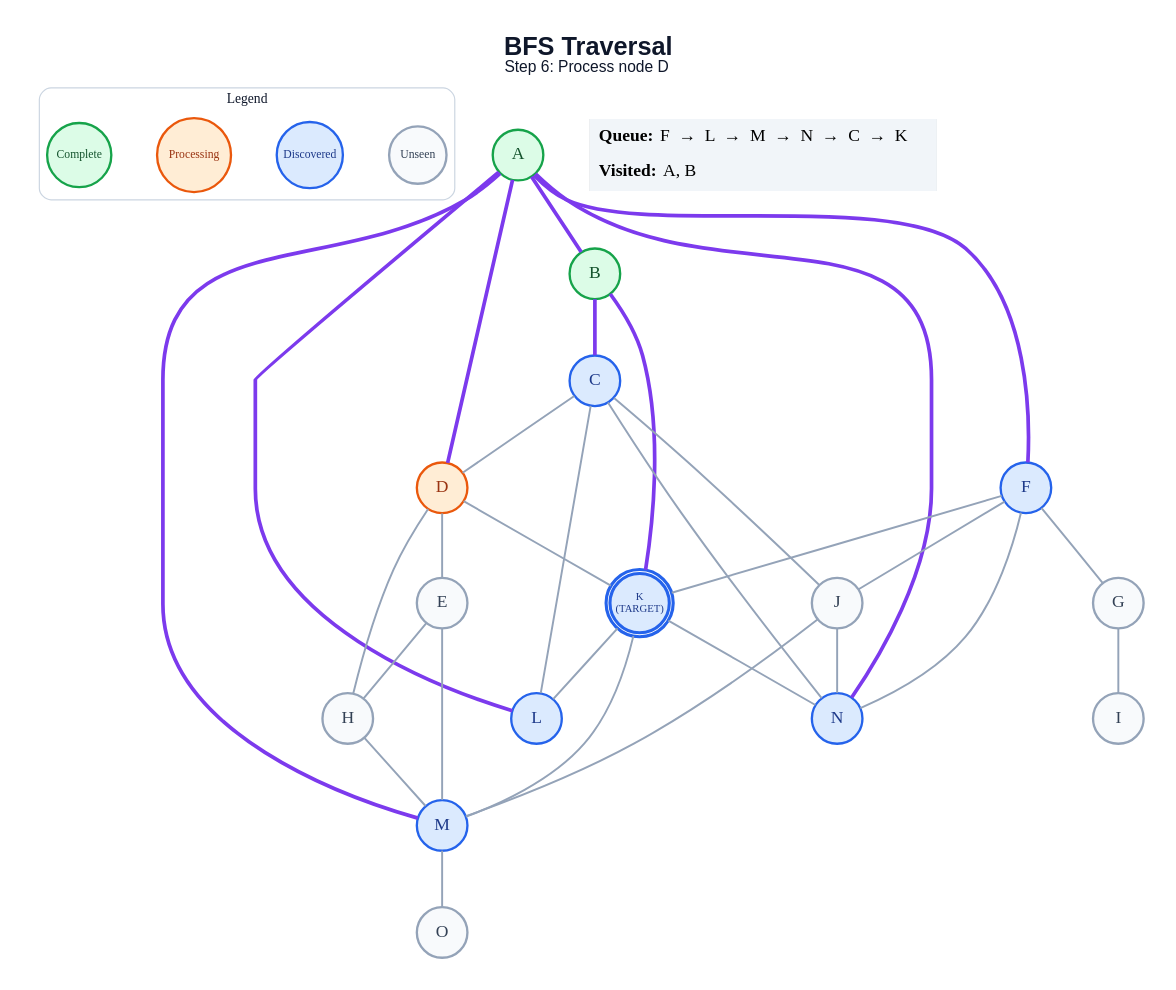
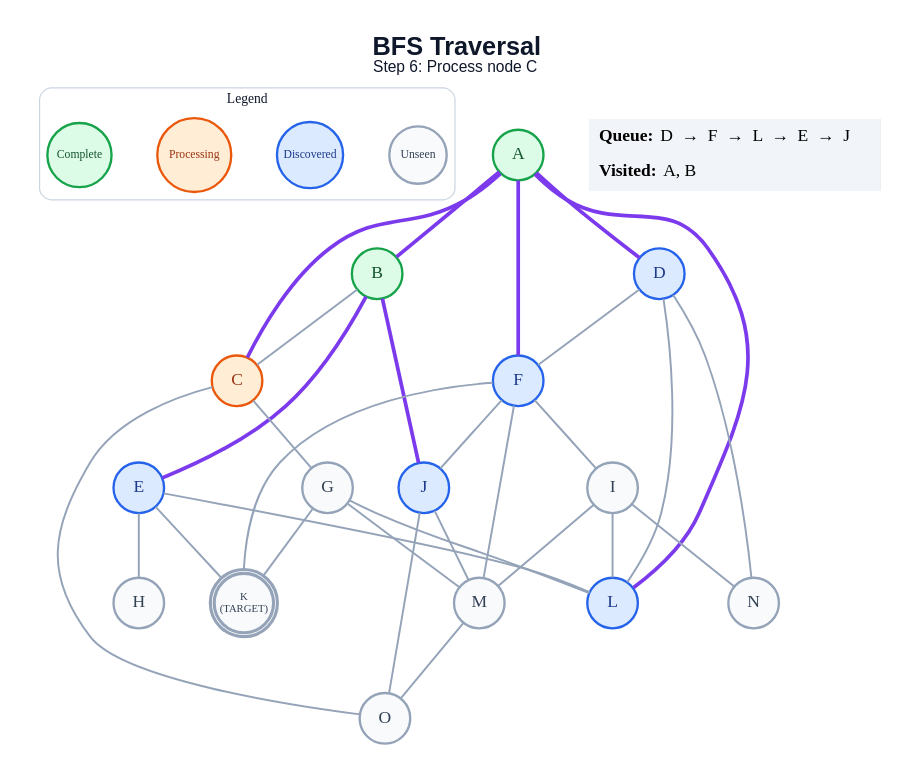
The diagram in generated/specific-node/bfs/step_06.dot (anon7238593-create/ai-slop), drawn with Graphviz before and after one commit. The commit also changed 211 other files, not shown here.

```diff
--- a/generated/specific-node/bfs/step_06.dot
+++ b/generated/specific-node/bfs/step_06.dot
@@ -1,63 +1,63 @@
 graph traversal {
   graph [layout=dot, rankdir=TB, bgcolor="#FFFFFF", pad="0.35", nodesep="0.65", ranksep="0.8", fontname="Arial"];
   node [shape=circle, style="filled", fontname="Arial Bold", fontsize=18, width=0.72, fixedsize=true, penwidth=2.4];
   edge [color="#94A3B8", penwidth=2.0];
-  label=<<B>BFS Traversal</B><BR/><FONT POINT-SIZE="16">Step 6: Process node D</FONT>>; labelloc="t"; fontsize=26; fontname="Arial"; fontcolor="#0F172A";
+  label=<<B>BFS Traversal</B><BR/><FONT POINT-SIZE="16">Step 6: Process node C</FONT>>; labelloc="t"; fontsize=26; fontname="Arial"; fontcolor="#0F172A";
   subgraph cluster_legend { label="Legend"; color="#CBD5E1"; penwidth=1.2; style="rounded"; fontsize=14; fontname="Arial Bold";
     key_unseen [label="Unseen", fillcolor="#F8FAFC", color="#94A3B8", fontcolor="#334155", fontsize=12, width=0.82];
     key_frontier [label="Discovered", fillcolor="#DBEAFE", color="#2563EB", fontcolor="#1E3A8A", fontsize=12, width=0.95];
     key_current [label="Processing", fillcolor="#FFEDD5", color="#EA580C", fontcolor="#9A3412", fontsize=12, width=1.05];
     key_done [label="Complete", fillcolor="#DCFCE7", color="#16A34A", fontcolor="#14532D", fontsize=12, width=0.92];
     { rank=same; key_unseen; key_frontier; key_current; key_done; }
   }
   A [label="A", fillcolor="#DCFCE7", color="#16A34A", fontcolor="#14532D", peripheries=1, penwidth=2.4];
   B [label="B", fillcolor="#DCFCE7", color="#16A34A", fontcolor="#14532D", peripheries=1, penwidth=2.4];
-  C [label="C", fillcolor="#DBEAFE", color="#2563EB", fontcolor="#1E3A8A", peripheries=1, penwidth=2.4];
-  D [label="D", fillcolor="#FFEDD5", color="#EA580C", fontcolor="#9A3412", peripheries=1, penwidth=2.4];
-  E [label="E", fillcolor="#F8FAFC", color="#94A3B8", fontcolor="#334155", peripheries=1, penwidth=2.4];
+  C [label="C", fillcolor="#FFEDD5", color="#EA580C", fontcolor="#9A3412", peripheries=1, penwidth=2.4];
+  D [label="D", fillcolor="#DBEAFE", color="#2563EB", fontcolor="#1E3A8A", peripheries=1, penwidth=2.4];
+  E [label="E", fillcolor="#DBEAFE", color="#2563EB", fontcolor="#1E3A8A", peripheries=1, penwidth=2.4];
   F [label="F", fillcolor="#DBEAFE", color="#2563EB", fontcolor="#1E3A8A", peripheries=1, penwidth=2.4];
   G [label="G", fillcolor="#F8FAFC", color="#94A3B8", fontcolor="#334155", peripheries=1, penwidth=2.4];
   H [label="H", fillcolor="#F8FAFC", color="#94A3B8", fontcolor="#334155", peripheries=1, penwidth=2.4];
   I [label="I", fillcolor="#F8FAFC", color="#94A3B8", fontcolor="#334155", peripheries=1, penwidth=2.4];
-  J [label="J", fillcolor="#F8FAFC", color="#94A3B8", fontcolor="#334155", peripheries=1, penwidth=2.4];
-  K [label="K\n(TARGET)", fillcolor="#DBEAFE", color="#2563EB", fontcolor="#1E3A8A", peripheries=2, penwidth=3.2, fontsize=11, width=0.85, height=0.85];
+  J [label="J", fillcolor="#DBEAFE", color="#2563EB", fontcolor="#1E3A8A", peripheries=1, penwidth=2.4];
+  K [label="K\n(TARGET)", fillcolor="#F8FAFC", color="#94A3B8", fontcolor="#334155", peripheries=2, penwidth=3.2, fontsize=11, width=0.85, height=0.85];
   L [label="L", fillcolor="#DBEAFE", color="#2563EB", fontcolor="#1E3A8A", peripheries=1, penwidth=2.4];
-  M [label="M", fillcolor="#DBEAFE", color="#2563EB", fontcolor="#1E3A8A", peripheries=1, penwidth=2.4];
-  N [label="N", fillcolor="#DBEAFE", color="#2563EB", fontcolor="#1E3A8A", peripheries=1, penwidth=2.4];
+  M [label="M", fillcolor="#F8FAFC", color="#94A3B8", fontcolor="#334155", peripheries=1, penwidth=2.4];
+  N [label="N", fillcolor="#F8FAFC", color="#94A3B8", fontcolor="#334155", peripheries=1, penwidth=2.4];
   O [label="O", fillcolor="#F8FAFC", color="#94A3B8", fontcolor="#334155", peripheries=1, penwidth=2.4];
   A -- B [color="#7C3AED", penwidth=3.8];
+  A -- C [color="#7C3AED", penwidth=3.8];
   A -- D [color="#7C3AED", penwidth=3.8];
   A -- F [color="#7C3AED", penwidth=3.8];
   A -- L [color="#7C3AED", penwidth=3.8];
-  A -- M [color="#7C3AED", penwidth=3.8];
-  A -- N [color="#7C3AED", penwidth=3.8];
-  B -- C [color="#7C3AED", penwidth=3.8];
-  B -- K [color="#7C3AED", penwidth=3.8];
-  C -- D;
-  C -- J;
-  C -- L;
-  C -- N;
-  D -- E;
-  D -- H;
-  D -- K;
+  B -- C;
+  B -- E [color="#7C3AED", penwidth=3.8];
+  B -- J [color="#7C3AED", penwidth=3.8];
+  C -- G;
+  C -- O;
+  D -- F;
+  D -- L;
+  D -- N;
   E -- H;
-  E -- M;
-  F -- G;
+  E -- K;
+  E -- L;
+  F -- I;
   F -- J;
   F -- K;
-  F -- N;
-  G -- I;
-  H -- M;
+  F -- M;
+  G -- K;
+  G -- L;
+  G -- M;
+  I -- L;
+  I -- M;
+  I -- N;
   J -- M;
-  J -- N;
-  K -- L;
-  K -- M;
-  K -- N;
+  J -- O;
   M -- O;
   status [shape=plain, fixedsize=false, width=0, height=0, margin=0, label=<
     <TABLE BORDER="0" CELLBORDER="0" CELLPADDING="7" BGCOLOR="#F1F5F9">
-      <TR><TD ALIGN="LEFT"><B>Queue:</B> F  →  L  →  M  →  N  →  C  →  K</TD></TR>
+      <TR><TD ALIGN="LEFT"><B>Queue:</B> D  →  F  →  L  →  E  →  J</TD></TR>
       <TR><TD ALIGN="LEFT"><B>Visited:</B> A, B</TD></TR>
     </TABLE>
   >];
 }
```
